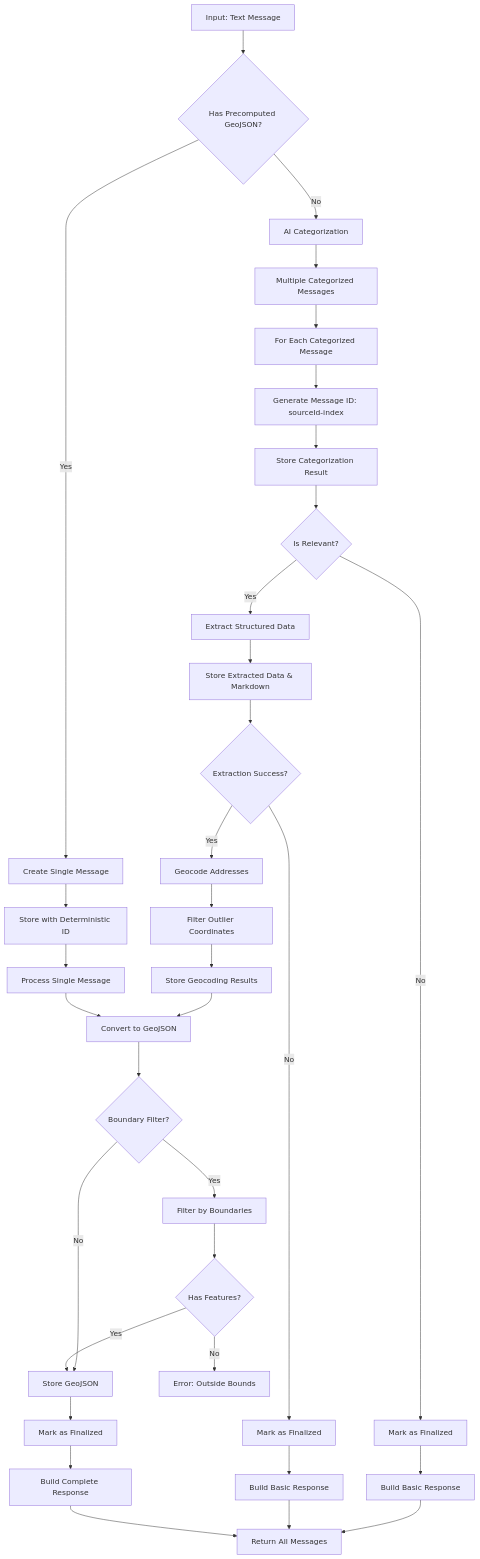
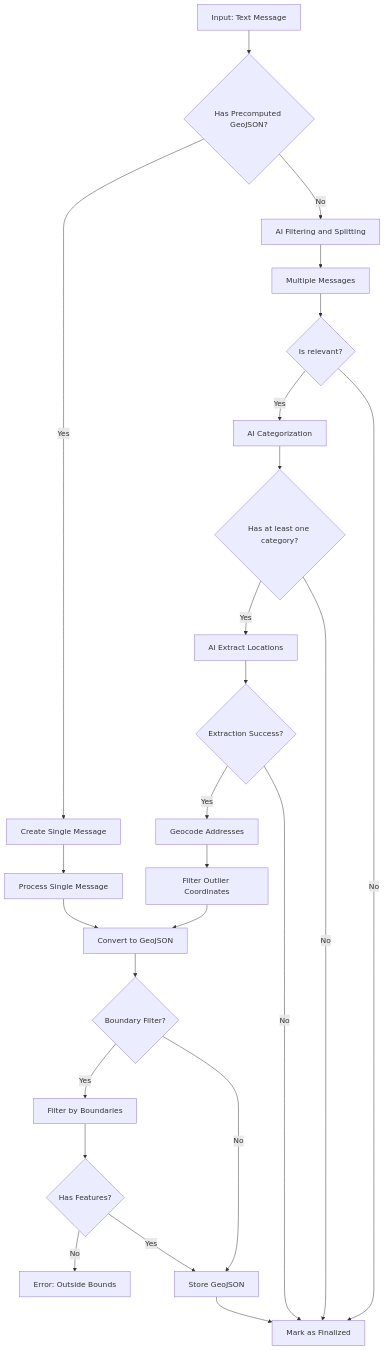
One commit to vbuch/oboapp changed the diagram in ingest/messageIngest/README.md. Above: the diagram before and after it, drawn with Mermaid. The commit also changed other lines of this file and 3 other files, not shown here.

````diff
--- a/ingest/messageIngest/README.md
+++ b/ingest/messageIngest/README.md
@@ -7,47 +7,37 @@
 ```mermaid
 flowchart TD
     A[Input: Text Message] --> B{Has Precomputed GeoJSON?}
 
     B -->|Yes| C[Create Single Message]
-    C --> D[Store with Deterministic ID]
-    D --> E[Process Single Message]
+    C --> E[Process Single Message]
+    B -->|No| AI_FILTERING_AND_SPLITTING[AI Filtering and Splitting]
 
-    B -->|No| F[AI Categorization]
-    F --> G[Multiple Categorized Messages]
-    G --> H[For Each Categorized Message]
+    AI_FILTERING_AND_SPLITTING --> AI_SPLITTING[Multiple Messages]
 
-    H --> I[Generate Message ID: sourceId-index]
-    I --> J[Store Categorization Result]
-    J --> K{Is Relevant?}
+    AI_SPLITTING --> AI_FILTERING{Is relevant?}
+    AI_FILTERING -->|Yes| AI_CATEGORIZATION[AI Categorization]
+    AI_FILTERING -->|No| FINALIZE[Mark as Finalized]
 
-    K -->|No| L[Mark as Finalized]
-    L --> M[Build Basic Response]
+    AI_CATEGORIZATION --> AI_SPLIT_FILTER{Has at least one category?}
+    AI_SPLIT_FILTER -->|Yes| EXTRACT_DATA[AI Extract Locations]
+    AI_SPLIT_FILTER -->|No| FINALIZE
 
-    K -->|Yes| N[Extract Structured Data]
-    N --> O[Store Extracted Data & Markdown]
-    O --> P{Extraction Success?}
-
-    P -->|No| Q[Mark as Finalized]
-    Q --> R[Build Basic Response]
+    EXTRACT_DATA --> P{Extraction Success?}
 
     P -->|Yes| S[Geocode Addresses]
     S --> T[Filter Outlier Coordinates]
-    T --> U[Store Geocoding Results]
-    U --> V[Convert to GeoJSON]
+    T --> V[Convert to GeoJSON]
+
+    P -->|No| FINALIZE
 
     E --> V
     V --> W{Boundary Filter?}
     W -->|Yes| X[Filter by Boundaries]
     W -->|No| Y[Store GeoJSON]
 
     X --> Z{Has Features?}
     Z -->|No| AA[Error: Outside Bounds]
     Z -->|Yes| Y
 
-    Y --> BB[Mark as Finalized]
-    BB --> CC[Build Complete Response]
-
-    M --> DD[Return All Messages]
-    R --> DD
-    CC --> DD
+    Y --> FINALIZE
 ```
````
